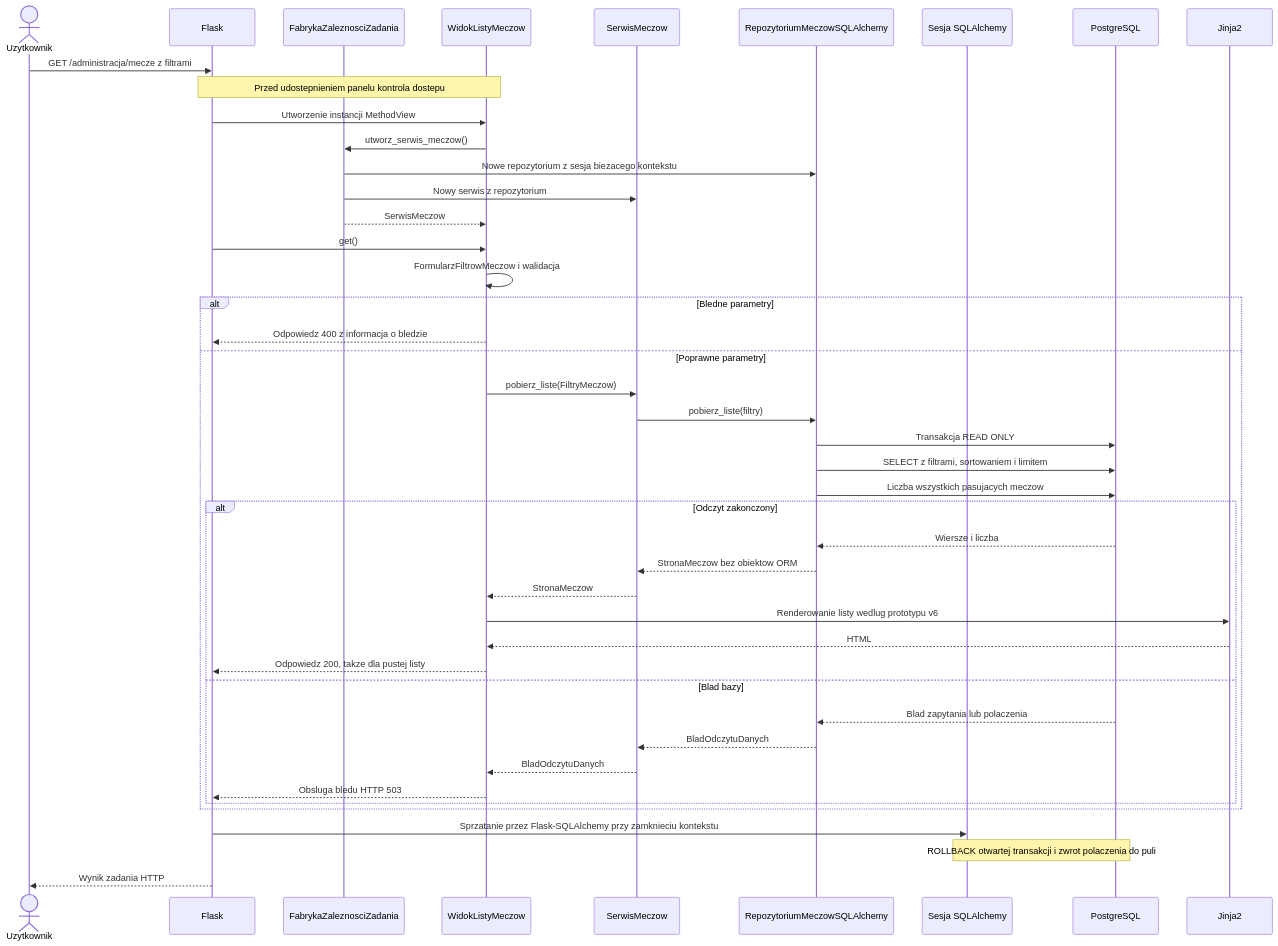
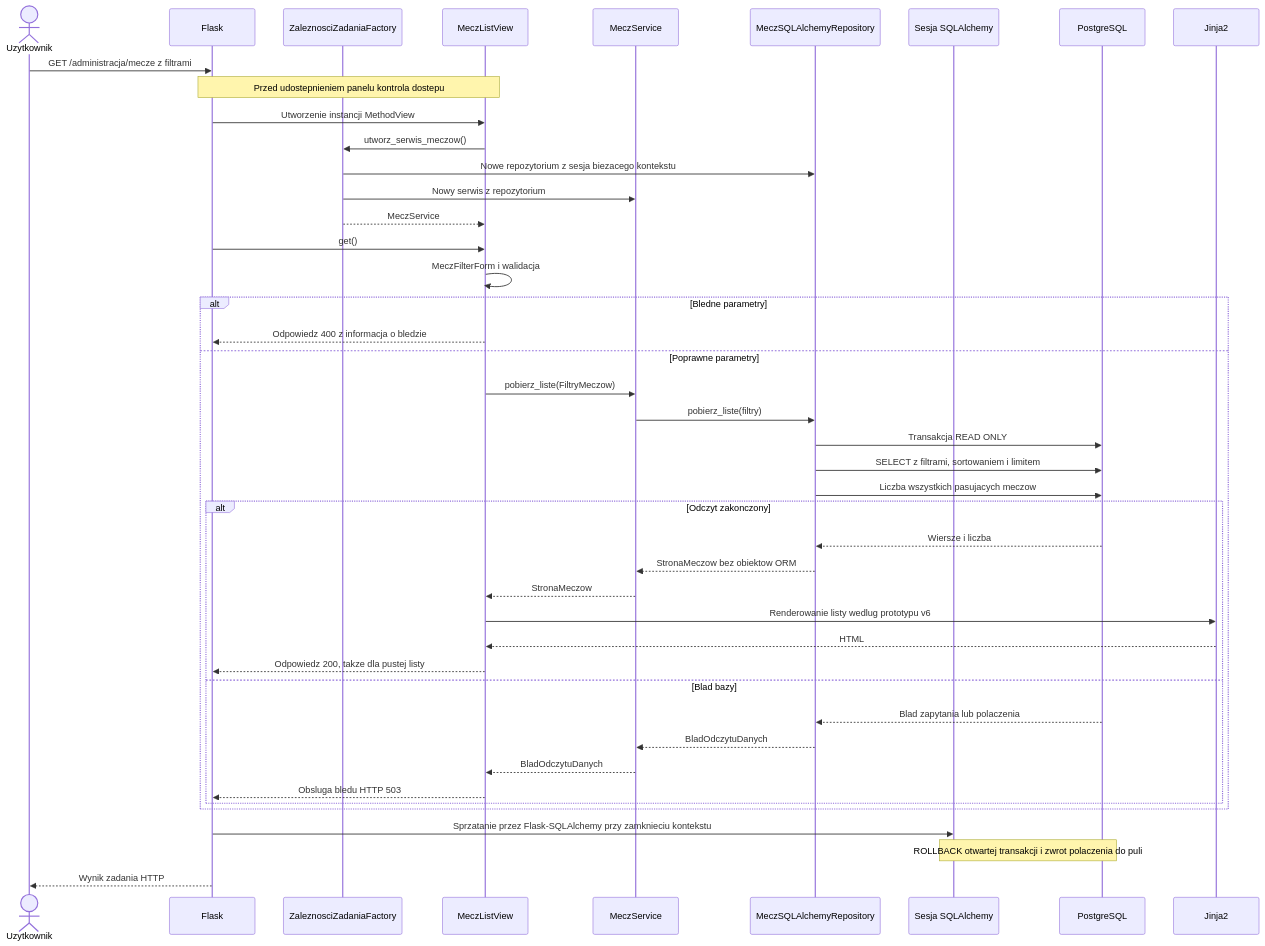
The third of 3 diagrams in docs/UML.md (michkaminski/handaball_datascience), drawn with Mermaid before and after one commit. The commit also changed other lines of this file and 132 other files, not shown here.

````diff
--- a/docs/UML.md
+++ b/docs/UML.md
@@ -158,46 +162,46 @@
 ```mermaid
 sequenceDiagram
     actor U as Uzytkownik
     participant F as Flask
-    participant Z as FabrykaZaleznosciZadania
-    participant W as WidokListyMeczow
-    participant S as SerwisMeczow
-    participant R as RepozytoriumMeczowSQLAlchemy
+    participant Z as ZaleznosciZadaniaFactory
+    participant W as MeczListView
+    participant S as MeczService
+    participant R as MeczSQLAlchemyRepository
     participant K as Sesja SQLAlchemy
     participant B as PostgreSQL
     participant J as Jinja2
     U->>F: GET /administracja/mecze z filtrami
     Note over F,W: Przed udostepnieniem panelu kontrola dostepu
     F->>W: Utworzenie instancji MethodView
     W->>Z: utworz_serwis_meczow()
     Z->>R: Nowe repozytorium z sesja biezacego kontekstu
     Z->>S: Nowy serwis z repozytorium
-    Z-->>W: SerwisMeczow
+    Z-->>W: MeczService
     F->>W: get()
-    W->>W: FormularzFiltrowMeczow i walidacja
+    W->>W: MeczFilterForm i walidacja
     alt Bledne parametry
         W-->>F: Odpowiedz 400 z informacja o bledzie
     else Poprawne parametry
         W->>S: pobierz_liste(FiltryMeczow)
         S->>R: pobierz_liste(filtry)
         R->>B: Transakcja READ ONLY
         R->>B: SELECT z filtrami, sortowaniem i limitem
         R->>B: Liczba wszystkich pasujacych meczow
         alt Odczyt zakonczony
             B-->>R: Wiersze i liczba
             R-->>S: StronaMeczow bez obiektow ORM
             S-->>W: StronaMeczow
             W->>J: Renderowanie listy wedlug prototypu v6
             J-->>W: HTML
             W-->>F: Odpowiedz 200, takze dla pustej listy
         else Blad bazy
             B-->>R: Blad zapytania lub polaczenia
             R-->>S: BladOdczytuDanych
             S-->>W: BladOdczytuDanych
             W-->>F: Obsluga bledu HTTP 503
         end
     end
     F->>K: Sprzatanie przez Flask-SQLAlchemy przy zamknieciu kontekstu
     Note over K,B: ROLLBACK otwartej transakcji i zwrot polaczenia do puli
     F-->>U: Wynik zadania HTTP
 ```
````
